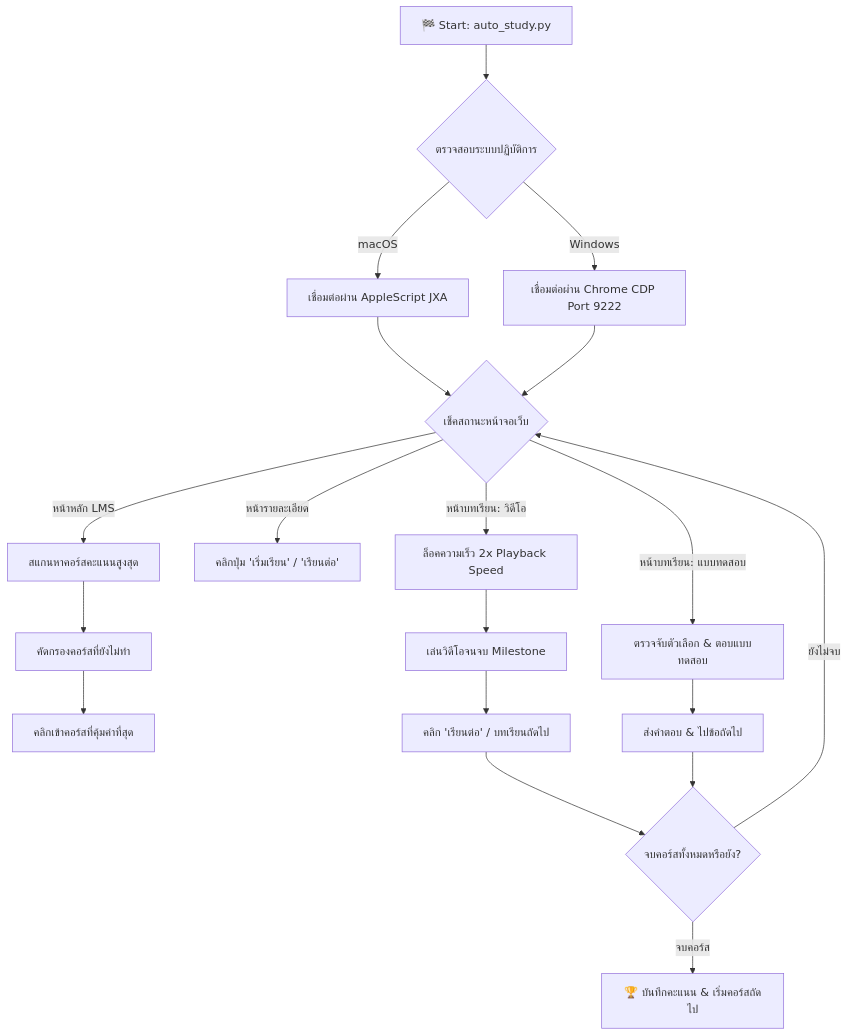
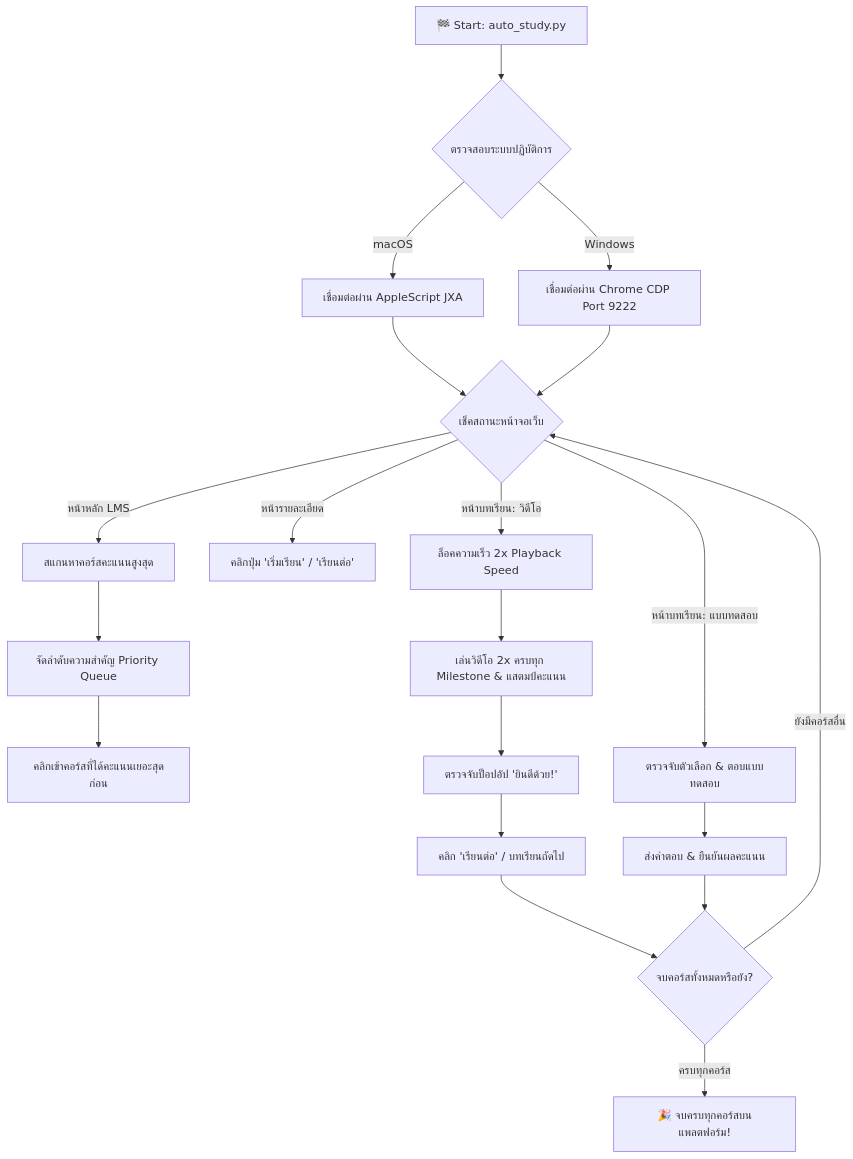
Before and after one commit to Ampsoria/RatAI_Lesson_AutoCompleter: the diagram in README.md, drawn with Mermaid. The commit also changed other lines of this file and 2 other files, not shown here.

Commit message:
feat: smart course priority queue, continuous learning loop, and zero-overhead runner

````diff
--- a/README.md
+++ b/README.md
@@ -42,28 +45,29 @@
 ```mermaid
 flowchart TD
     A[🏁 Start: auto_study.py] --> B{ตรวจสอบระบบปฏิบัติการ}
     
     B -->|macOS| C1[เชื่อมต่อผ่าน AppleScript JXA]
     B -->|Windows| C2[เชื่อมต่อผ่าน Chrome CDP Port 9222]
     
     C1 --> D{เช็คสถานะหน้าจอเว็บ}
     C2 --> D
     
     D -->|หน้าหลัก LMS| E[สแกนหาคอร์สคะแนนสูงสุด]
-    E --> F[คัดกรองคอร์สที่ยังไม่ทำ]
-    F --> G[คลิกเข้าคอร์สที่คุ้มค่าที่สุด]
+    E --> F[จัดลำดับความสำคัญ Priority Queue]
+    F --> G[คลิกเข้าคอร์สที่ได้คะแนนเยอะสุดก่อน]
     
     D -->|หน้ารายละเอียด| H[คลิกปุ่ม 'เริ่มเรียน' / 'เรียนต่อ']
     
     D -->|หน้าบทเรียน: วิดีโอ| I[ล็อคความเร็ว 2x Playback Speed]
-    I --> J[เล่นวิดีโอจนจบ Milestone]
-    J --> K[คลิก 'เรียนต่อ' / บทเรียนถัดไป]
+    I --> J[เล่นวิดีโอ 2x ครบทุก Milestone & แสตมป์คะแนน]
+    J --> K[ตรวจจับป็อปอัป 'ยินดีด้วย!']
+    K --> L[คลิก 'เรียนต่อ' / บทเรียนถัดไป]
     
-    D -->|หน้าบทเรียน: แบบทดสอบ| L[ตรวจจับตัวเลือก & ตอบแบบทดสอบ]
-    L --> M[ส่งคำตอบ & ไปข้อถัดไป]
+    D -->|หน้าบทเรียน: แบบทดสอบ| M[ตรวจจับตัวเลือก & ตอบแบบทดสอบ]
+    M --> N[ส่งคำตอบ & ยืนยันผลคะแนน]
     
-    K --> N{จบคอร์สทั้งหมดหรือยัง?}
-    M --> N
-    N -->|ยังไม่จบ| D
-    N -->|จบคอร์ส| O[🏆 บันทึกคะแนน & เริ่มคอร์สถัดไป]
+    L --> P{จบคอร์สทั้งหมดหรือยัง?}
+    N --> P
+    P -->|ยังมีคอร์สอื่น| D
+    P -->|ครบทุกคอร์ส| Q[🎉 จบครบทุกคอร์สบนแพลตฟอร์ม!]
 ```
````
